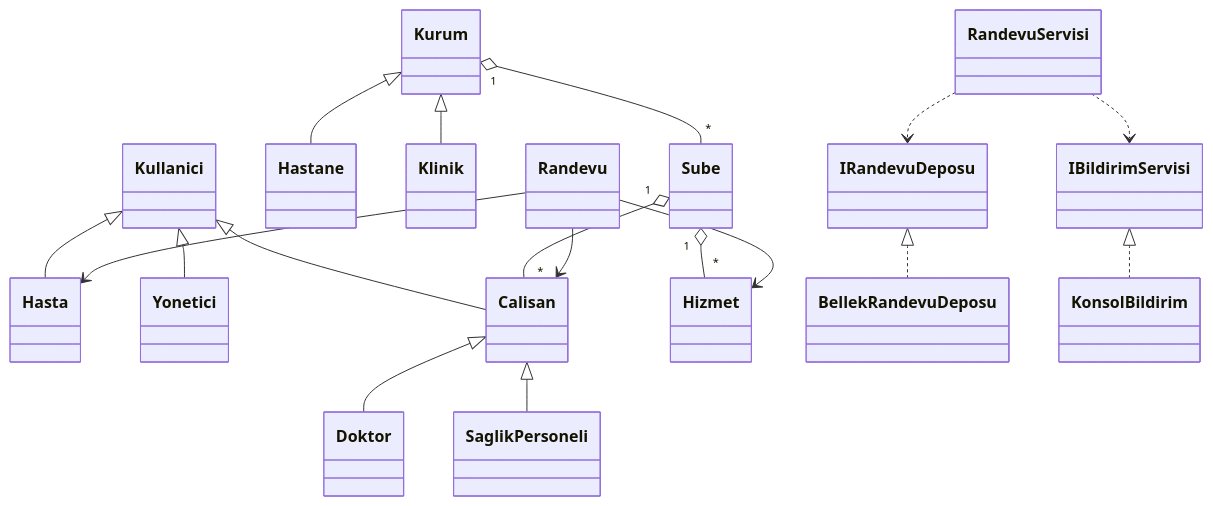
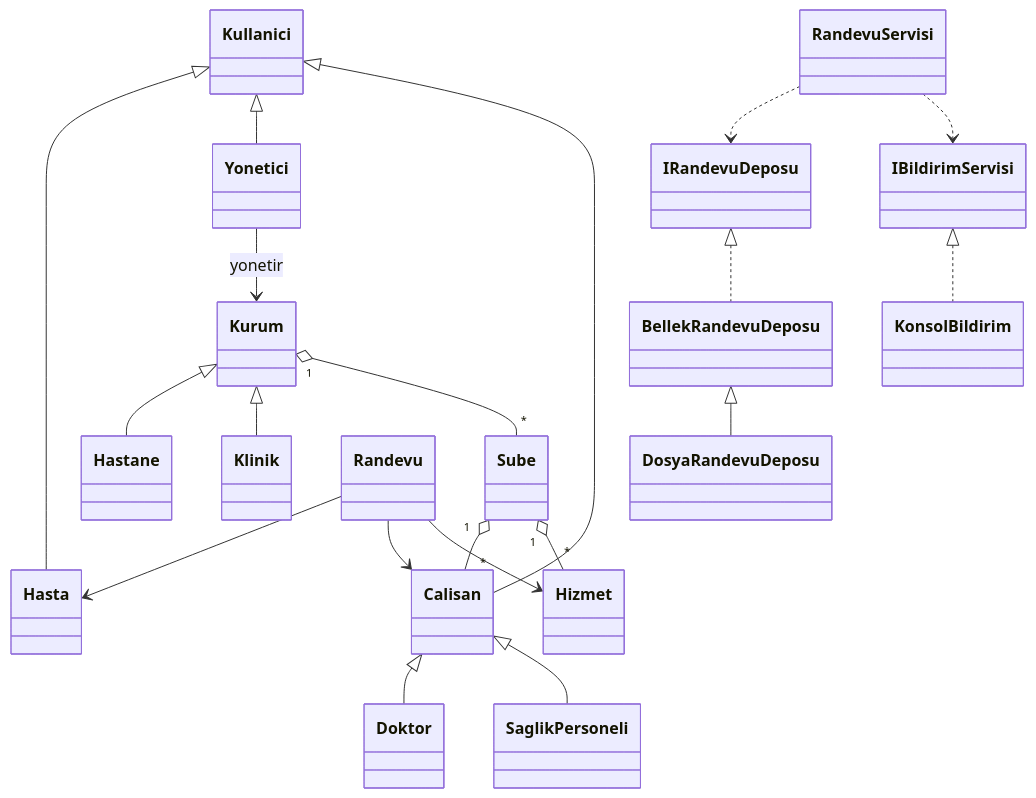
Before and after one commit to sefamalkoc/Hastane-Randevu-Sistemi: the diagram in README.md, drawn with Mermaid. The commit also changed other lines of this file and 7 other files, not shown here.

````diff
--- a/README.md
+++ b/README.md
@@ -18,20 +18,22 @@
 ```mermaid
 classDiagram
   Kullanici <|-- Hasta
   Kullanici <|-- Yonetici
+  Yonetici --> Kurum : yonetir
   Kullanici <|-- Calisan
   Calisan <|-- Doktor
   Calisan <|-- SaglikPersoneli
   Kurum <|-- Hastane
   Kurum <|-- Klinik
   Kurum "1" o-- "*" Sube
   Sube "1" o-- "*" Calisan
   Sube "1" o-- "*" Hizmet
   Randevu --> Hasta
   Randevu --> Calisan
   Randevu --> Hizmet
   RandevuServisi ..> IRandevuDeposu
   RandevuServisi ..> IBildirimServisi
   IRandevuDeposu <|.. BellekRandevuDeposu
   IBildirimServisi <|.. KonsolBildirim
+  BellekRandevuDeposu <|-- DosyaRandevuDeposu
 ```
````
